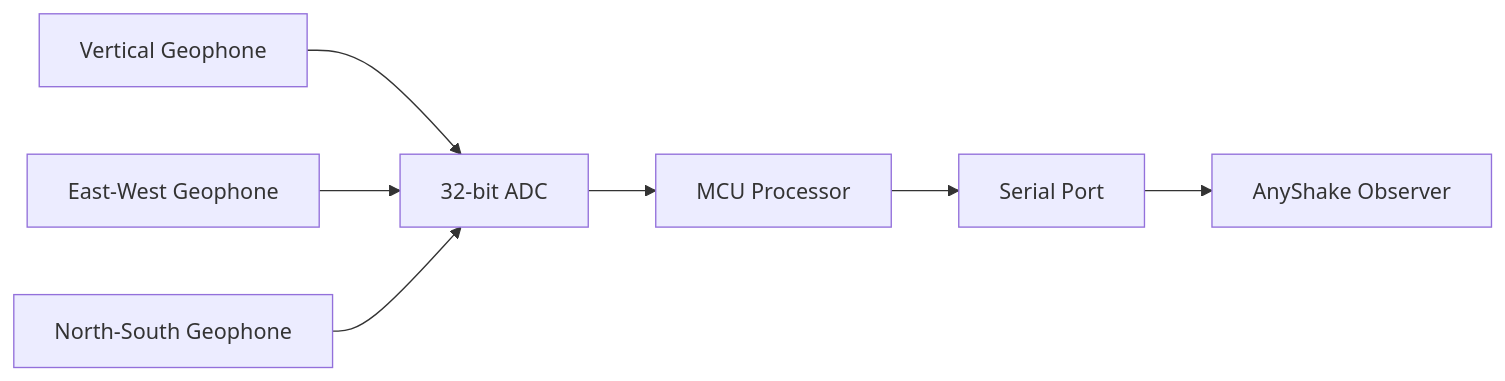
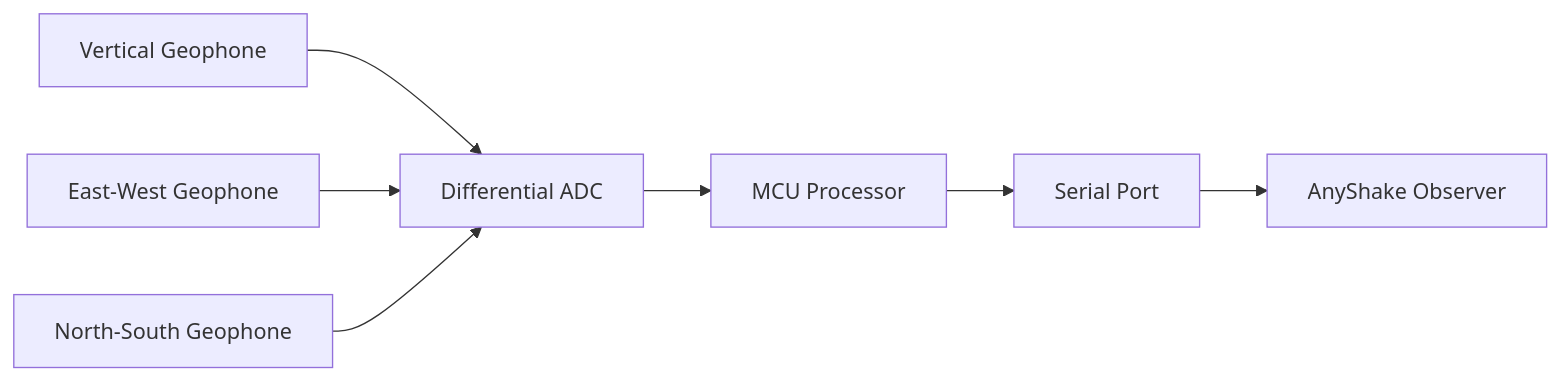
The diagram in hardware/README.md (anyshake/explorer), drawn with Mermaid before and after one commit. The commit also changed 2 other files, not shown here.

Commit message:
Discard ADC data lower 5-bits

````diff
--- a/hardware/README.md
+++ b/hardware/README.md
@@ -32,9 +32,9 @@
 ```mermaid
 graph LR
-    EHZ[Vertical Geophone] --> B[32-bit ADC]
-    EHE[East-West Geophone] --> B[32-bit ADC]
-    EHN[North-South Geophone] --> B[32-bit ADC]
+    EHZ[Vertical Geophone] --> B[Differential ADC]
+    EHE[East-West Geophone] --> B[Differential ADC]
+    EHN[North-South Geophone] --> B[Differential ADC]
     B --> C[MCU Processor]
     C --> D[Serial Port]
     D --> E[AnyShake Observer]
 ```
````
